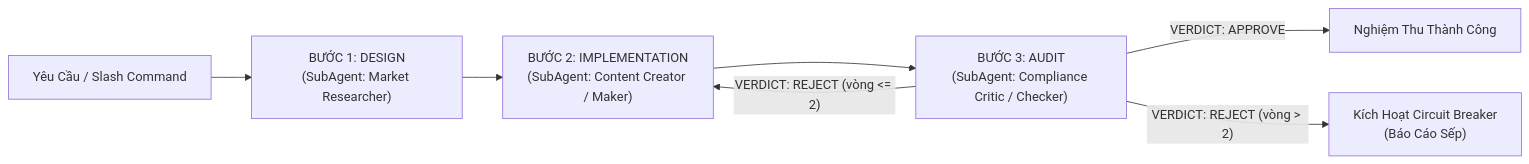
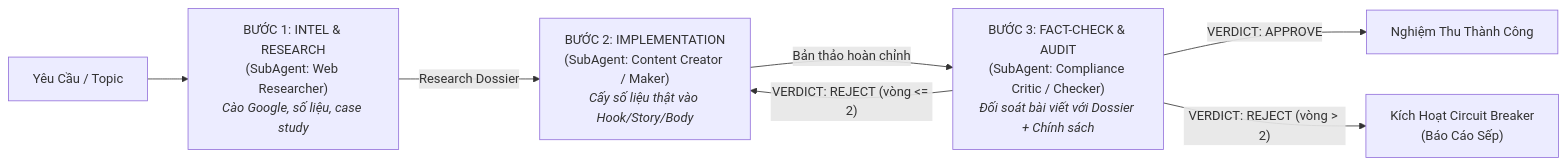
One commit to tranngoc-dev/Antigravity-Harness-Hub changed the diagram in GEMINI.md. Above: the diagram before and after it, drawn with Mermaid. The commit also changed other lines of this file and 4 other files, not shown here.

Commit message:
feat(marketing): add Web & Market Intelligence Researcher and fact-checking workflow

````diff
--- a/GEMINI.md
+++ b/GEMINI.md
@@ -40,9 +43,9 @@
 ```mermaid
 flowchart LR
-    A["Yêu Cầu / Slash Command"] --> B["BƯỚC 1: DESIGN<br/>(SubAgent: Market Researcher)"]
-    B --> C["BƯỚC 2: IMPLEMENTATION<br/>(SubAgent: Content Creator / Maker)"]
-    C --> D["BƯỚC 3: AUDIT<br/>(SubAgent: Compliance Critic / Checker)"]
+    A["Yêu Cầu / Topic"] --> B["BƯỚC 1: INTEL & RESEARCH<br/>(SubAgent: Web Researcher)<br/><i>Cào Google, số liệu, case study</i>"]
+    B -->|"Research Dossier"| C["BƯỚC 2: IMPLEMENTATION<br/>(SubAgent: Content Creator / Maker)<br/><i>Cấy số liệu thật vào Hook/Story/Body</i>"]
+    C -->|"Bản thảo hoàn chỉnh"| D["BƯỚC 3: FACT-CHECK & AUDIT<br/>(SubAgent: Compliance Critic / Checker)<br/><i>Đối soát bài viết với Dossier + Chính sách</i>"]
     D -->|"VERDICT: APPROVE"| E["Nghiệm Thu Thành Công"]
     D -->|"VERDICT: REJECT (vòng <= 2)"| C
     D -->|"VERDICT: REJECT (vòng > 2)"| F["Kích Hoạt Circuit Breaker<br/>(Báo Cáo Sếp)"]
 ```
````
